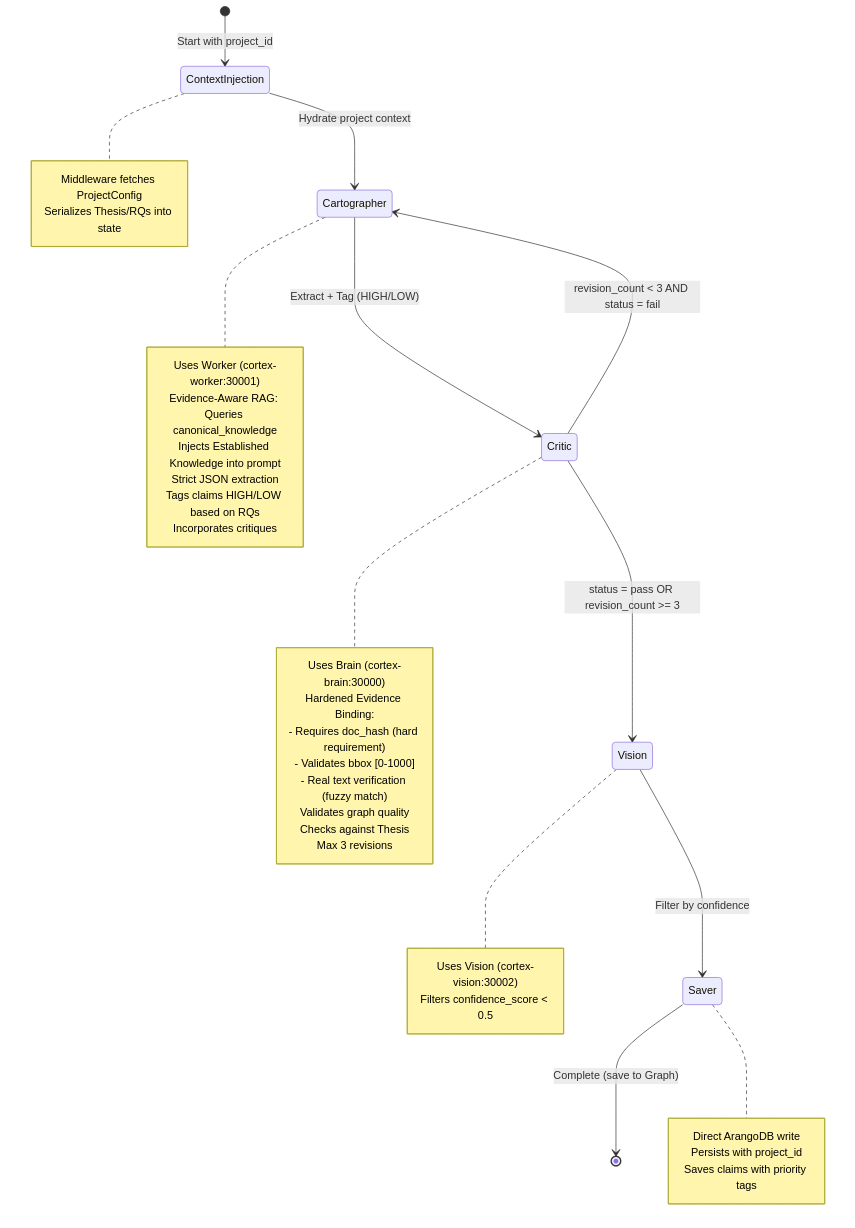
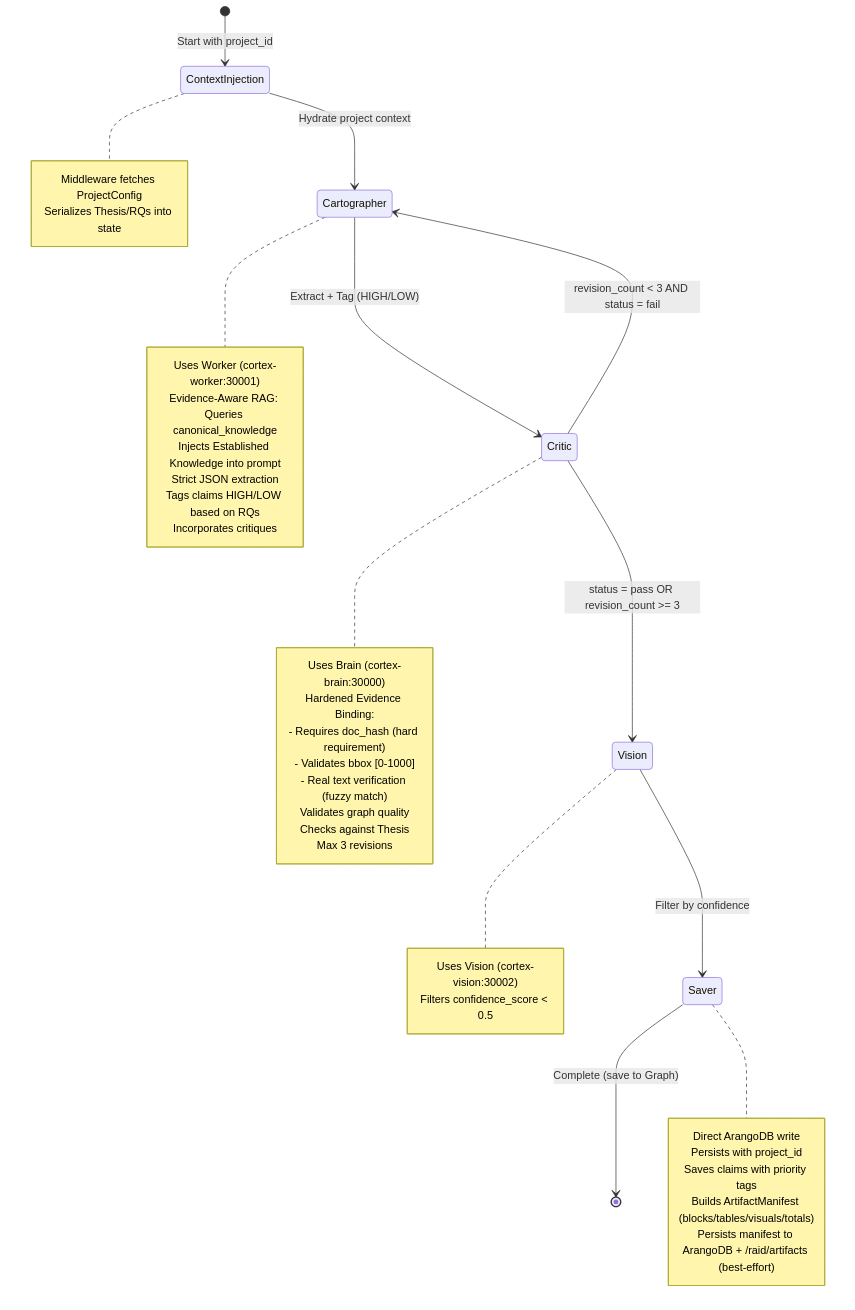
The first of 2 diagrams in docs/architecture/agent-workflow.md (rakpan/project-vyasa), drawn with Mermaid before and after one commit. The commit also changed 24 other files, not shown here.

````diff
--- a/docs/architecture/agent-workflow.md
+++ b/docs/architecture/agent-workflow.md
@@ -29,46 +29,48 @@
 ```mermaid
 stateDiagram-v2
     [*] --> ContextInjection: Start with project_id
     ContextInjection --> Cartographer: Hydrate project context
     Cartographer --> Critic: Extract + Tag (HIGH/LOW)
     Critic --> Cartographer: revision_count < 3 AND status = fail
     Critic --> Vision: status = pass OR revision_count >= 3
     Vision --> Saver: Filter by confidence
     Saver --> [*]: Complete (save to Graph)
     
     note right of ContextInjection
         Middleware fetches ProjectConfig
         Serializes Thesis/RQs into state
     end note
     
     note right of Cartographer
         Uses Worker (cortex-worker:30001)
         Evidence-Aware RAG: Queries canonical_knowledge
         Injects Established Knowledge into prompt
         Strict JSON extraction
         Tags claims HIGH/LOW based on RQs
         Incorporates critiques
     end note
     
     note right of Critic
         Uses Brain (cortex-brain:30000)
         Hardened Evidence Binding:
         - Requires doc_hash (hard requirement)
         - Validates bbox [0-1000]
         - Real text verification (fuzzy match)
         Validates graph quality
         Checks against Thesis
         Max 3 revisions
     end note
     
     note right of Vision
         Uses Vision (cortex-vision:30002)
         Filters confidence_score < 0.5
     end note
     
     note right of Saver
         Direct ArangoDB write
         Persists with project_id
         Saves claims with priority tags
+        Builds ArtifactManifest (blocks/tables/visuals/totals)
+        Persists manifest to ArangoDB + /raid/artifacts (best-effort)
     end note
 ```
````
